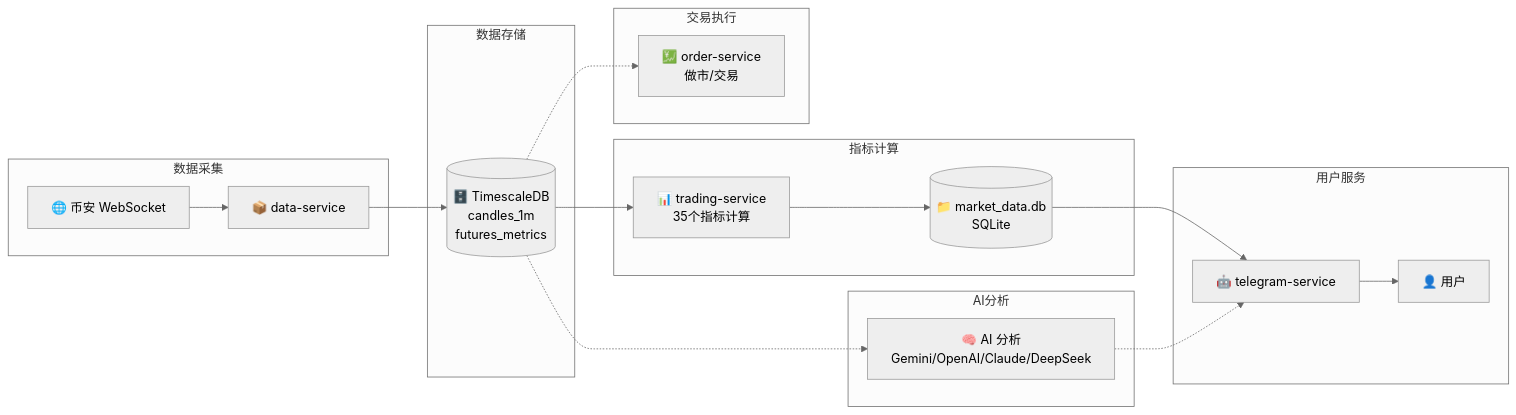
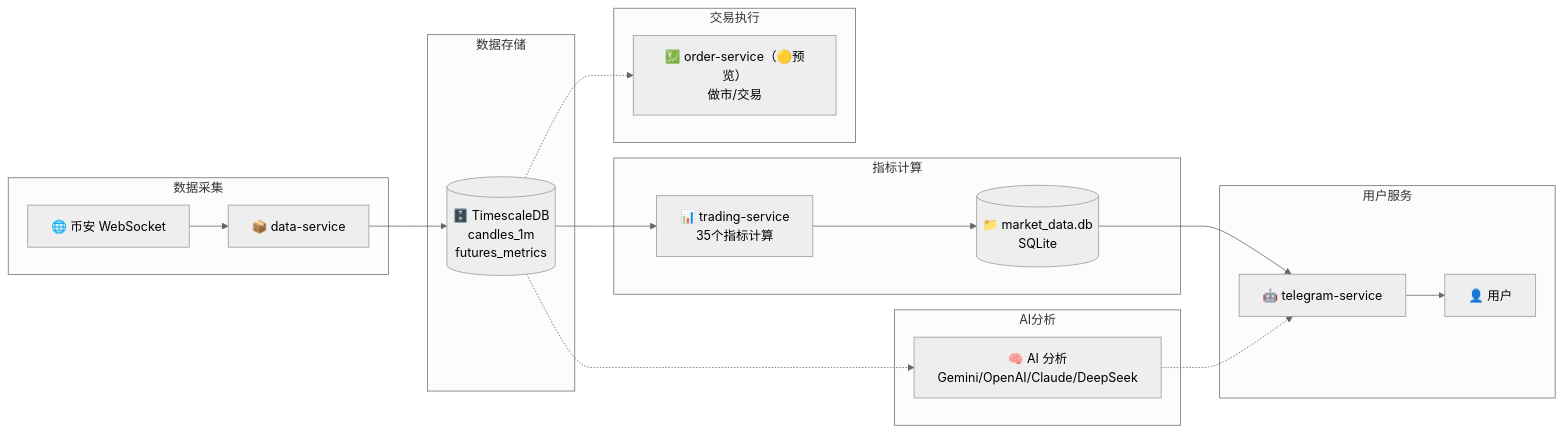
The second of 2 diagrams in README.md (RogerYet/tradecat), drawn with Mermaid (neutral theme) before and after one commit. The commit also changed other lines of this file, not shown here.

````diff
--- a/README.md
+++ b/README.md
@@ -537,29 +539,29 @@
 ```mermaid
 graph LR
     subgraph 数据采集
         A["🌐 币安 WebSocket"] --> B["📦 data-service"]
     end
     
     subgraph 数据存储
         B --> C[("🗄️ TimescaleDB<br>candles_1m<br>futures_metrics")]
     end
     
     subgraph 指标计算
         C --> D["📊 trading-service<br>35个指标计算"]
         D --> E[("📁 market_data.db<br>SQLite")]
     end
     
     subgraph 用户服务
         E --> F["🤖 telegram-service"]
         F --> G["👤 用户"]
     end
     
     subgraph AI分析
         C -.-> H["🧠 AI 分析<br>Gemini/OpenAI/Claude/DeepSeek"]
         H -.-> F
     end
     
     subgraph 交易执行
-        C -.-> I["💹 order-service<br>做市/交易"]
+        C -.-> I["💹 order-service（🟡预览）<br>做市/交易"]
     end
 ```
````
